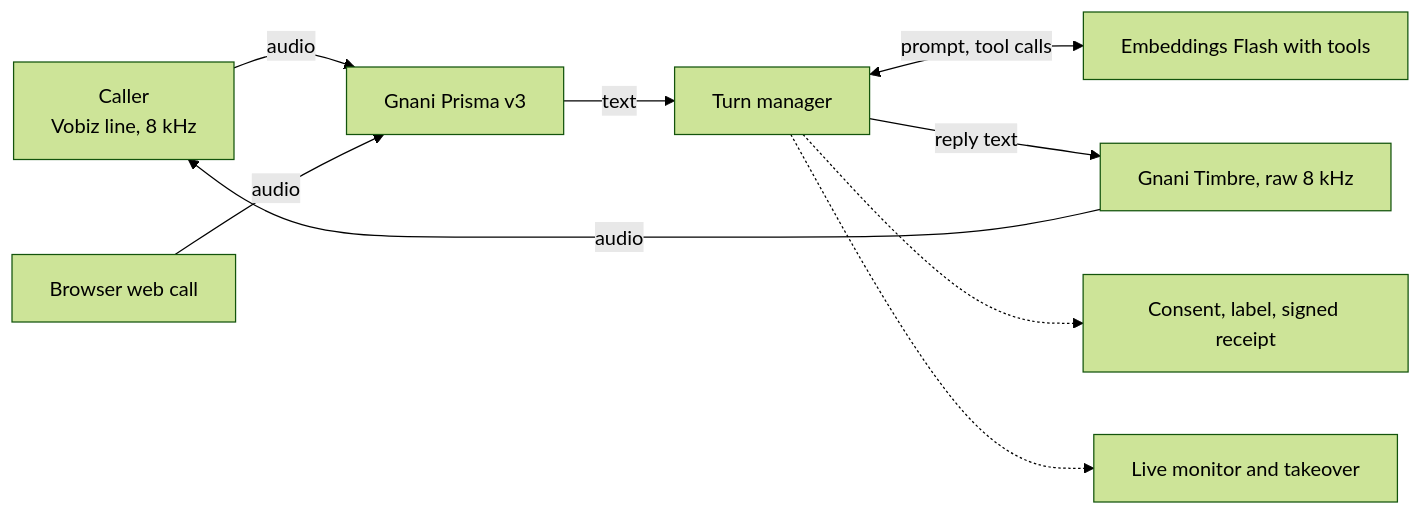
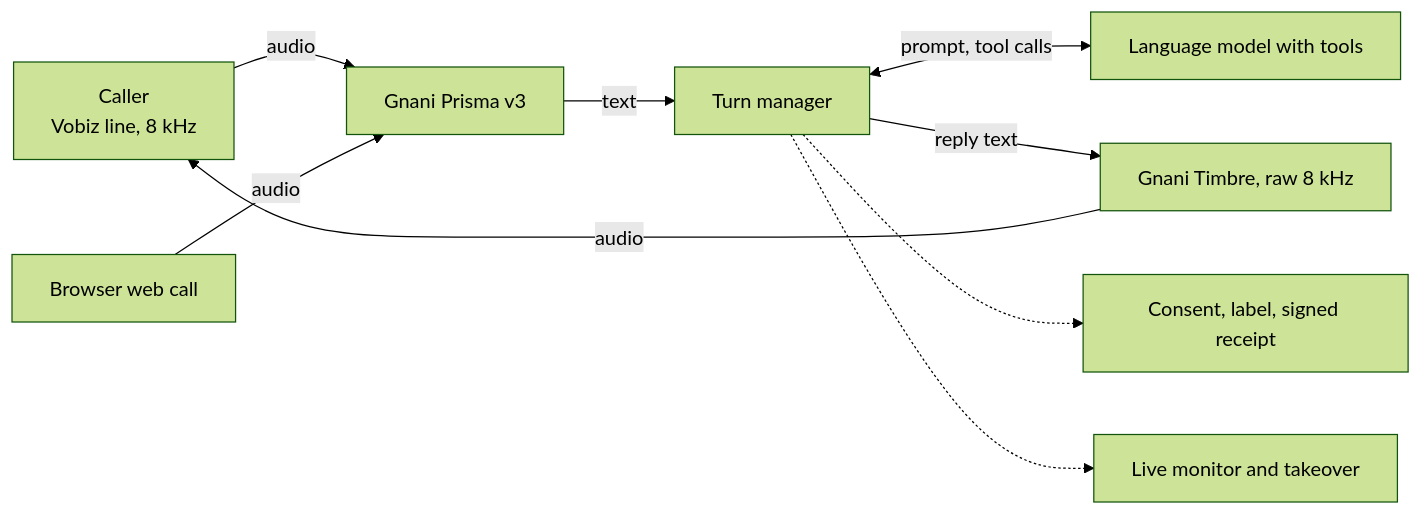
One commit to ayushcody/vakya changed the diagram in docs/ARCHITECTURE.md. Above: the diagram before and after it, drawn with Mermaid (forest theme). The commit also changed other lines of this file and 49 other files, not shown here.

First line of the commit message:
Hosted language model as the primary reply model; team and integration credits

````diff
--- a/docs/ARCHITECTURE.md
+++ b/docs/ARCHITECTURE.md
@@ -5,11 +5,11 @@
 ```mermaid
 flowchart LR
     C["Caller<br/>Vobiz line, 8 kHz"] -->|audio| P["Gnani Prisma v3"]
     P -->|text| T["Turn manager"]
-    T <-->|prompt, tool calls| L["Embeddings Flash with tools"]
+    T <-->|prompt, tool calls| L["Language model with tools"]
     T -->|reply text| S["Gnani Timbre, raw 8 kHz"]
     S -->|audio| C
     T -.-> R["Consent, label, signed receipt"]
     T -.-> M["Live monitor and takeover"]
     W["Browser web call"] -->|audio| P
 ```
````
